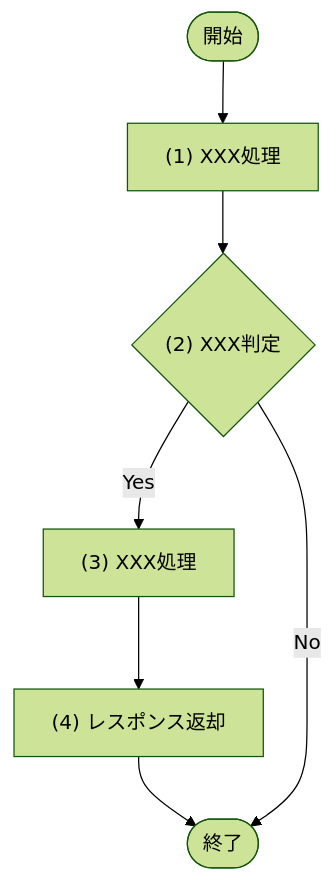
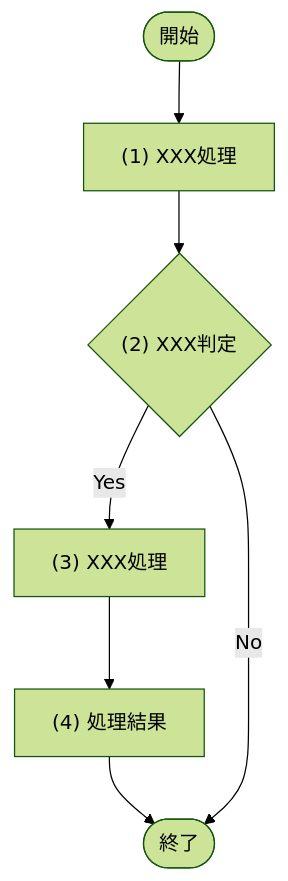
One commit to sikakou54/system-document-template changed the diagram in template/02_機能設計/03_API設計/テンプレート_API.md. Above: the diagram before and after it, drawn with Mermaid (forest theme). The commit also changed other lines of this file and 10 other files, not shown here.

````diff
--- a/template/02_機能設計/03_API設計/テンプレート_API.md
+++ b/template/02_機能設計/03_API設計/テンプレート_API.md
@@ -100,13 +100,13 @@
 ```mermaid
 flowchart TD
   Start([開始])
   P1["(1) XXX処理"]
   D1{"(2) XXX判定"}
   P3["(3) XXX処理"]
-  P4["(4) レスポンス返却"]
+  P4["(4) 処理結果"]
   End([終了])
 
   Start --> P1 --> D1
   D1 -- "Yes" --> P3 --> P4 --> End
   D1 -- "No" --> End
 ```
````
